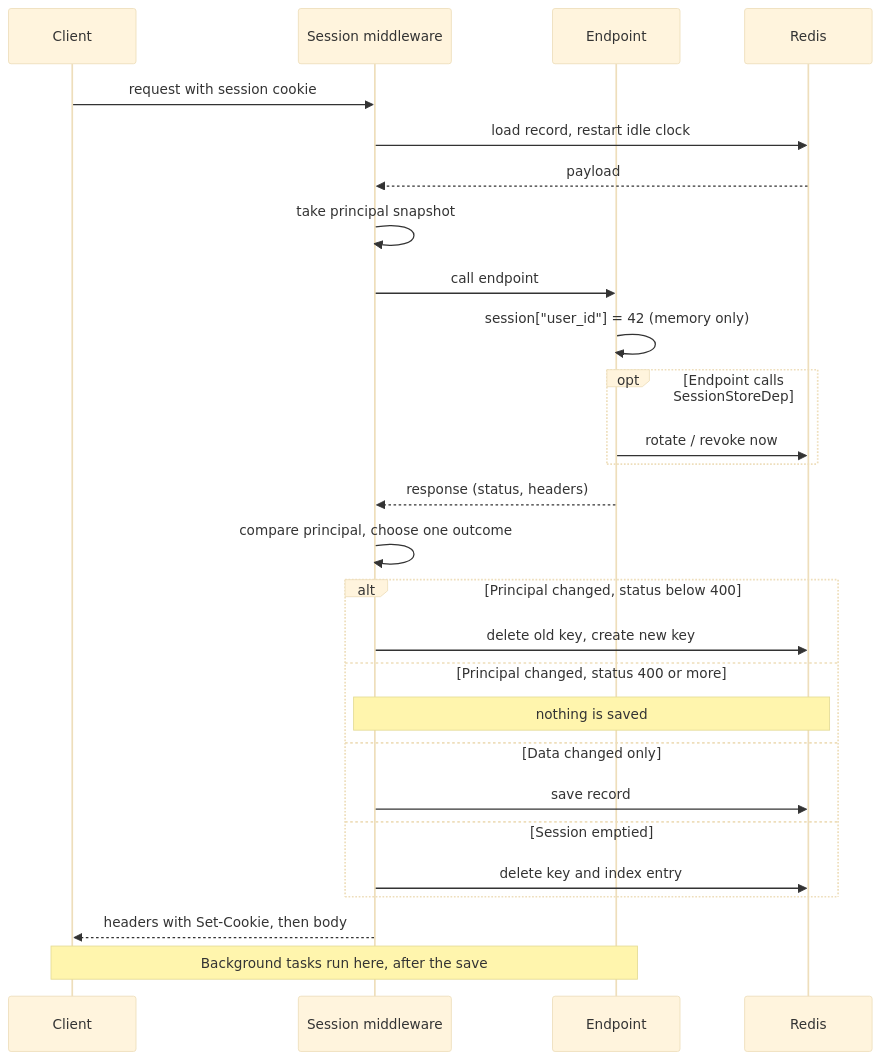
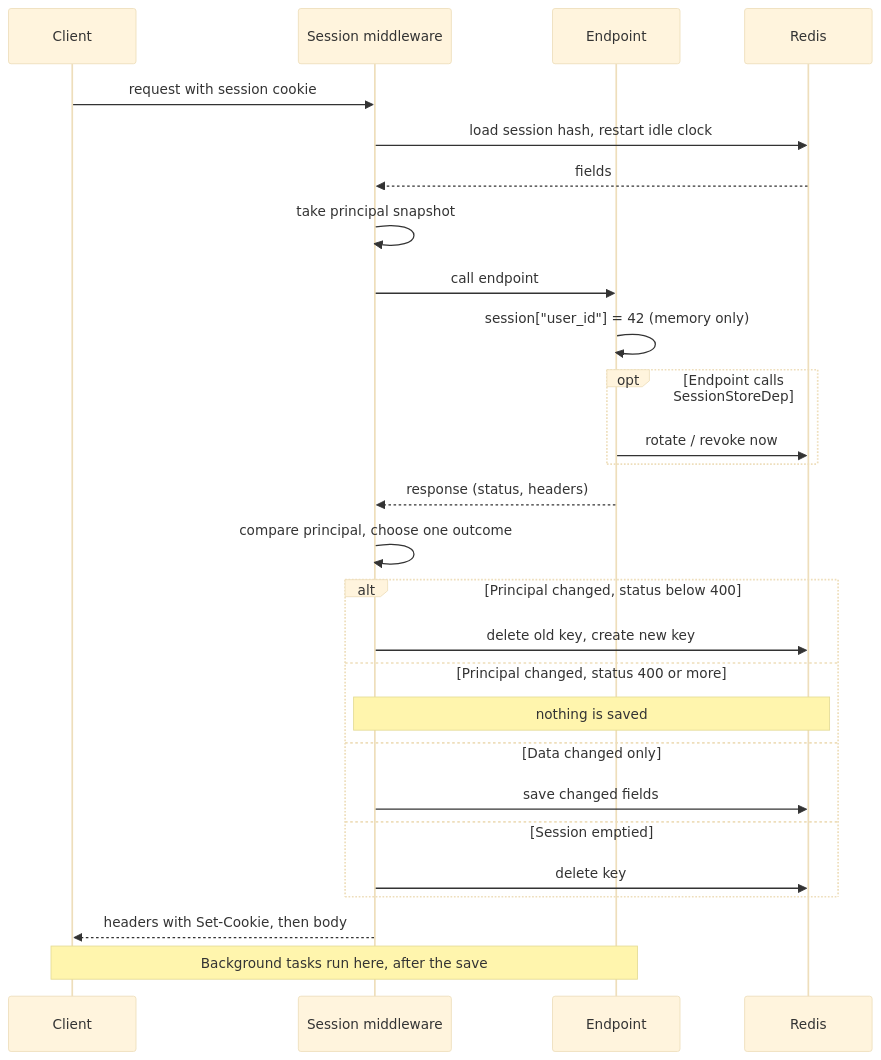
Before and after one commit to redis/fastapi-redis-sdk: the second of 2 diagrams in docs/guide/architecture.md, drawn with Mermaid (base theme). The commit also changed other lines of this file and 43 other files, not shown here.

````diff
--- a/docs/guide/architecture.md
+++ b/docs/guide/architecture.md
@@ -590,32 +589,32 @@
 ```mermaid
 sequenceDiagram
     participant C as Client
     participant M as Session middleware
     participant E as Endpoint
     participant R as Redis
 
     C->>M: request with session cookie
-    M->>R: load record, restart idle clock
-    R-->>M: payload
+    M->>R: load session hash, restart idle clock
+    R-->>M: fields
     M->>M: take principal snapshot
     M->>E: call endpoint
 
     E->>E: session["user_id"] = 42 (memory only)
     opt Endpoint calls SessionStoreDep
         E->>R: rotate / revoke now
     end
     E-->>M: response (status, headers)
 
     M->>M: compare principal, choose one outcome
     alt Principal changed, status below 400
         M->>R: delete old key, create new key
     else Principal changed, status 400 or more
         Note over M,R: nothing is saved
     else Data changed only
-        M->>R: save record
+        M->>R: save changed fields
     else Session emptied
-        M->>R: delete key and index entry
+        M->>R: delete key
     end
     M-->>C: headers with Set-Cookie, then body
     Note over C,E: Background tasks run here, after the save
 ```
````
